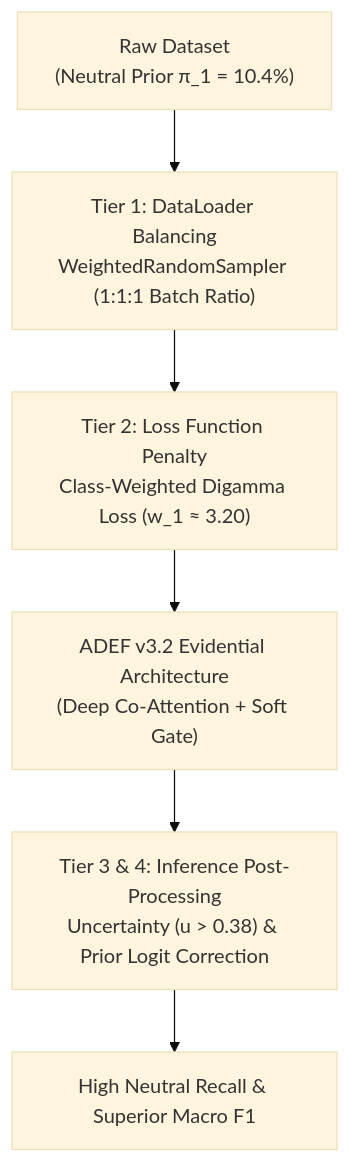
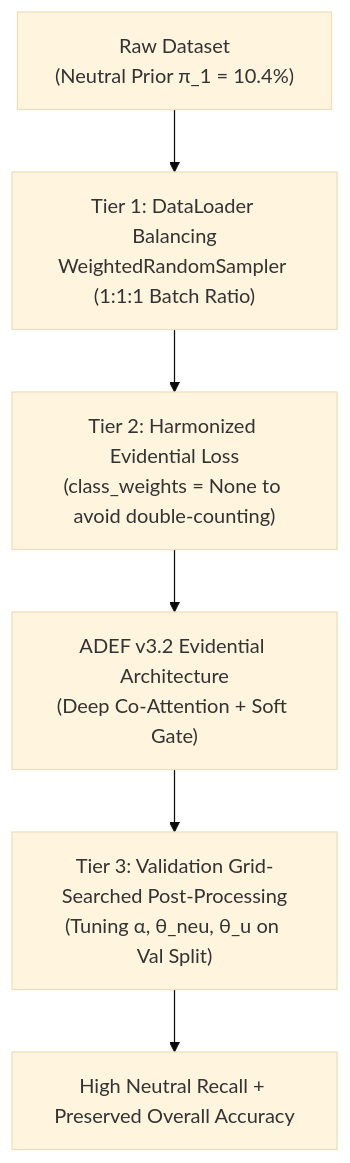
Before and after one commit to erlanggadewasakti/Comparative-Analysis-of-Cross-Modal-Fusion: the diagram in ADEF_Neutral_Class_Optimization_Documentation.md, drawn with Mermaid (base theme). The commit also changed other lines of this file and 1 other file, not shown here.

Commit message:
refactor: disable redundant class weighting when using WeightedRandomSampler and update notebook documentation

````diff
--- a/ADEF_Neutral_Class_Optimization_Documentation.md
+++ b/ADEF_Neutral_Class_Optimization_Documentation.md
@@ -43,8 +56,8 @@
 ```mermaid
 flowchart TD
     A["Raw Dataset<br/>(Neutral Prior π_1 = 10.4%)"] --> B["Tier 1: DataLoader Balancing<br/>WeightedRandomSampler (1:1:1 Batch Ratio)"]
-    B --> C["Tier 2: Loss Function Penalty<br/>Class-Weighted Digamma Loss (w_1 ≈ 3.20)"]
+    B --> C["Tier 2: Harmonized Evidential Loss<br/>(class_weights = None to avoid double-counting)"]
     C --> D["ADEF v3.2 Evidential Architecture<br/>(Deep Co-Attention + Soft Gate)"]
-    D --> E["Tier 3 & 4: Inference Post-Processing<br/>Uncertainty (u > 0.38) & Prior Logit Correction"]
-    E --> F["High Neutral Recall & Superior Macro F1"]
+    D --> E["Tier 3: Validation Grid-Searched Post-Processing<br/>(Tuning α, θ_neu, θ_u on Val Split)"]
+    E --> F["High Neutral Recall + Preserved Overall Accuracy"]
 ```
````
